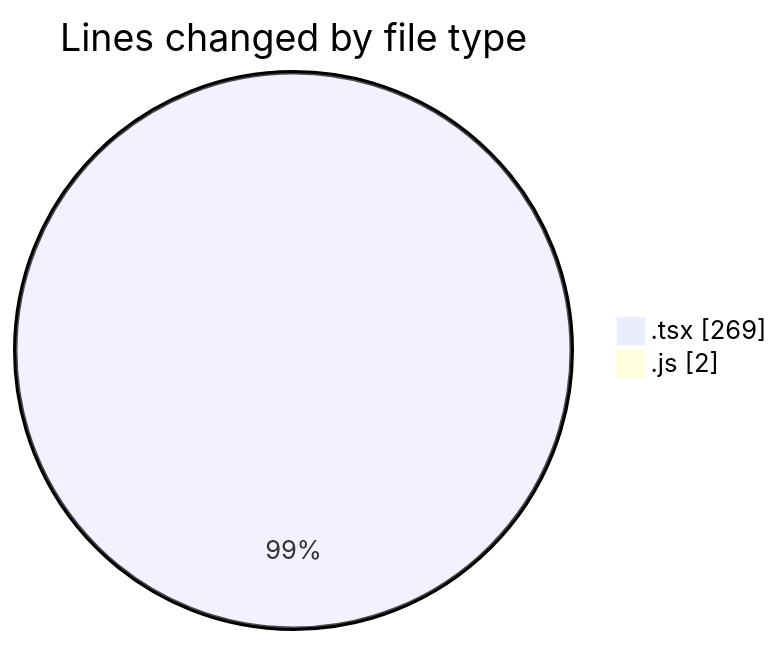
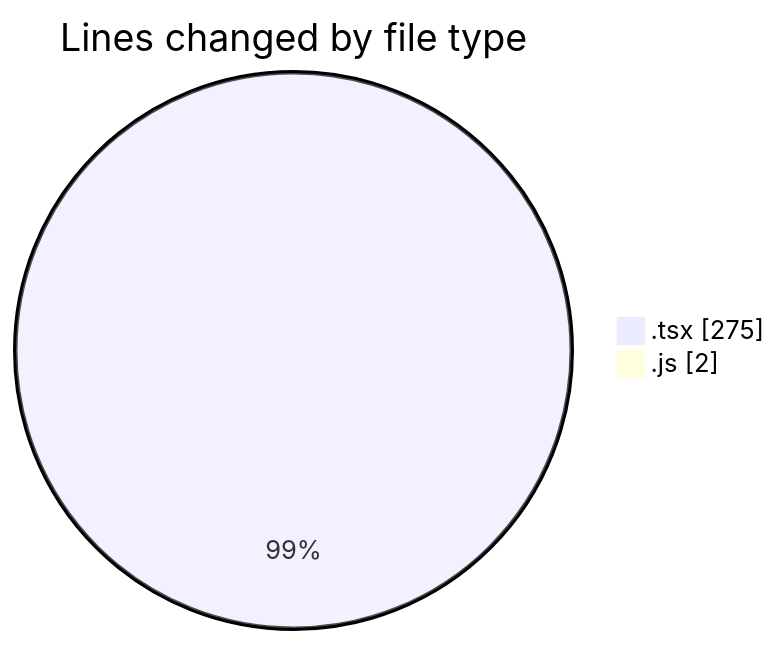
One commit to momahboobian/code-tracking changed the first of 2 diagrams in 2026-05-15/cda/README.md. Above: the diagram before and after it, drawn with Mermaid. The commit also changed other lines of this file and 1 other file, not shown here.

````diff
--- a/2026-05-15/cda/README.md
+++ b/2026-05-15/cda/README.md
@@ -24,6 +24,6 @@
 ```mermaid
 pie showData
 title Lines changed by file type
-".tsx" : 269
+".tsx" : 275
 ".js" : 2
 ```
````
